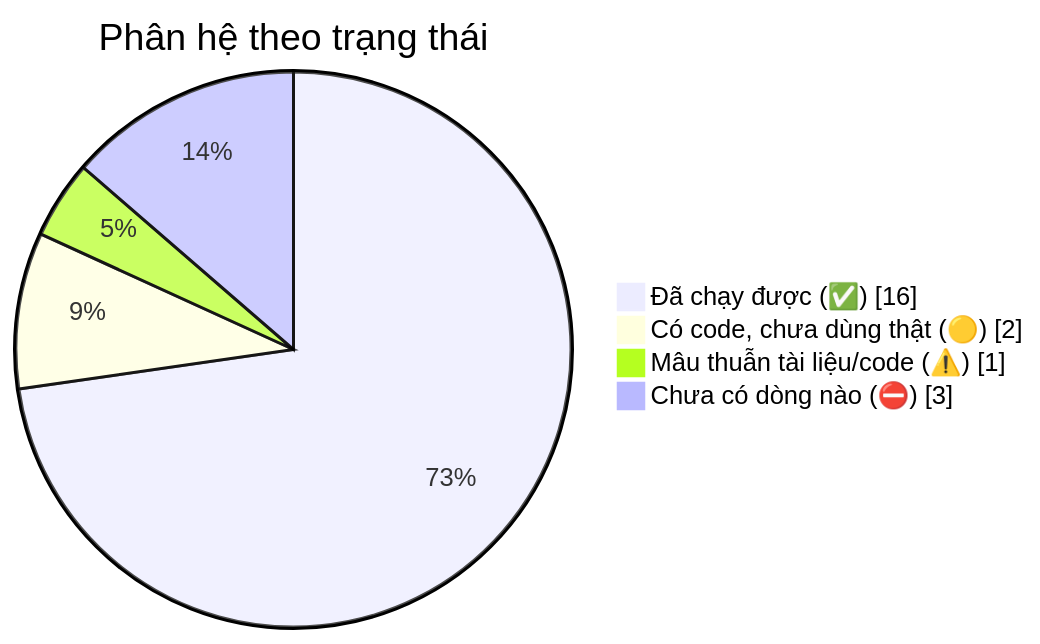
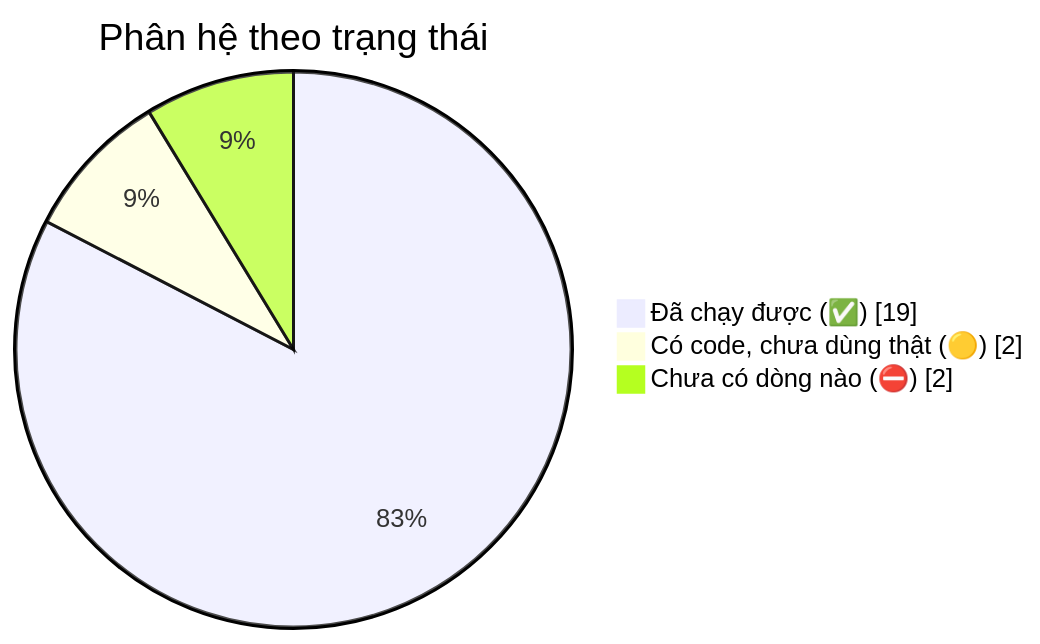
One commit to fdshn/trueheart changed the fourth of 4 diagrams in docs/diagram/20-overview.md. Above: the diagram before and after it, drawn with Mermaid. The commit also changed other lines of this file and 17 other files, not shown here.

````diff
--- a/docs/diagram/20-overview.md
+++ b/docs/diagram/20-overview.md
@@ -131,8 +141,7 @@
 ```mermaid
 pie showData
     title Phân hệ theo trạng thái
-    "Đã chạy được (✅)" : 16
+    "Đã chạy được (✅)" : 19
     "Có code, chưa dùng thật (🟡)" : 2
-    "Mâu thuẫn tài liệu/code (⚠️)" : 1
-    "Chưa có dòng nào (⛔)" : 3
+    "Chưa có dòng nào (⛔)" : 2
 ```
````
